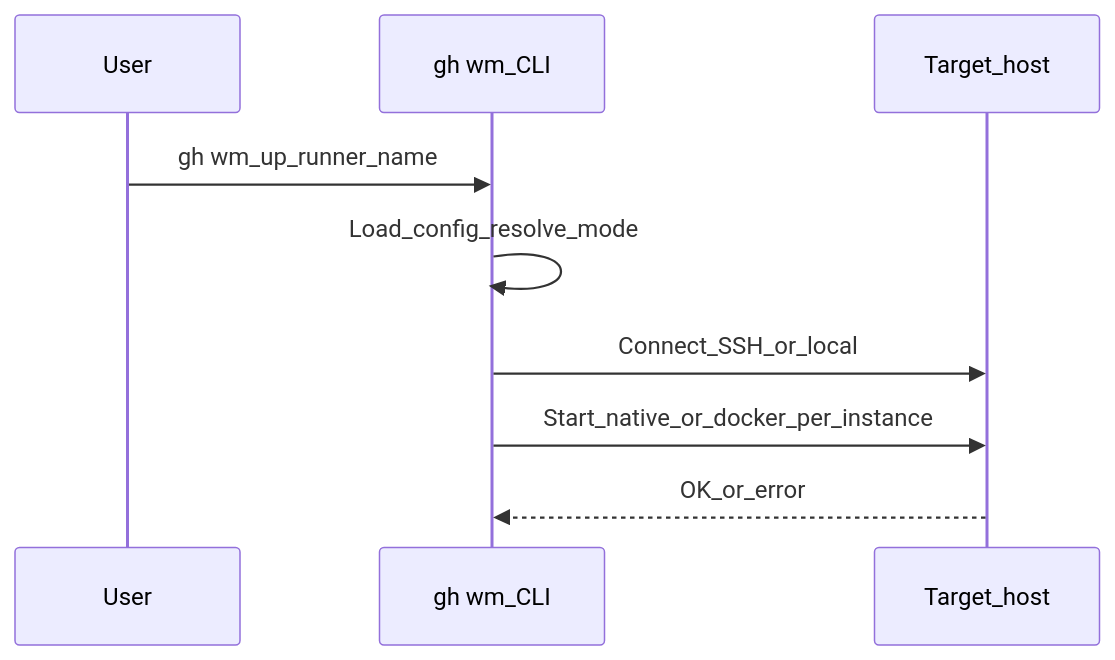
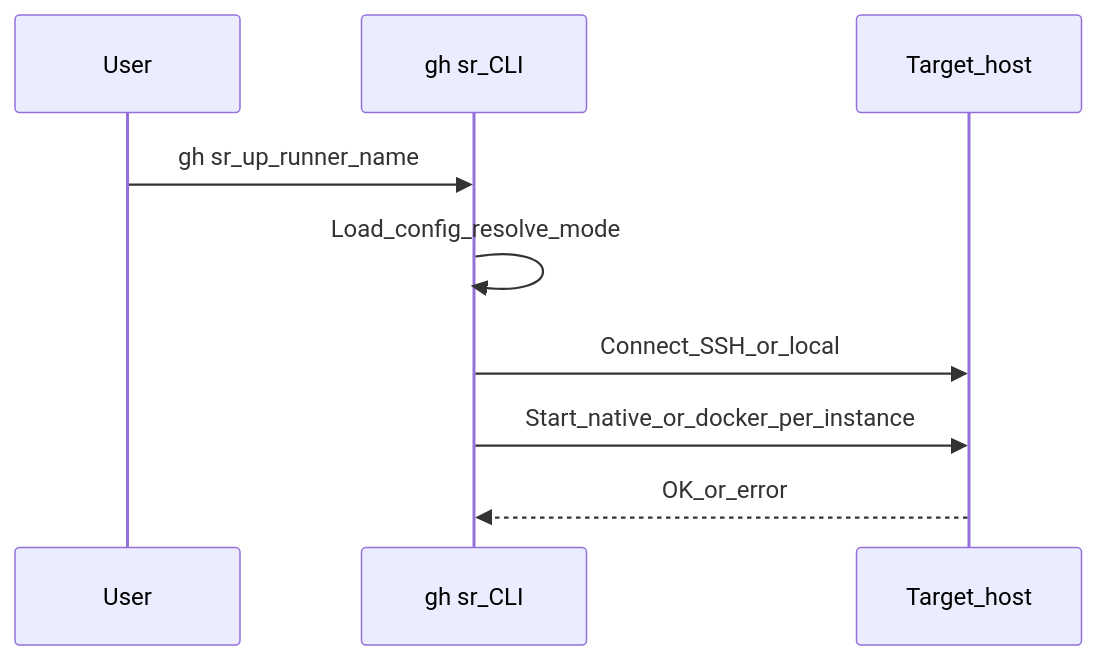
The third of 5 diagrams in docs/content/architecture.md (baizhiheizi/gh-sr), drawn with Mermaid before and after one commit. The commit also changed other lines of this file and 53 other files, not shown here.

````diff
--- a/docs/content/architecture.md
+++ b/docs/content/architecture.md
@@ -73,11 +73,11 @@
 ```mermaid
 sequenceDiagram
   participant User
-  participant GhWm as gh wm_CLI
+  participant GhWm as gh sr_CLI
   participant Host as Target_host
-  User->>GhWm: gh wm_up_runner_name
+  User->>GhWm: gh sr_up_runner_name
   GhWm->>GhWm: Load_config_resolve_mode
   GhWm->>Host: Connect_SSH_or_local
   GhWm->>Host: Start_native_or_docker_per_instance
   Host-->>GhWm: OK_or_error
 ```
````
